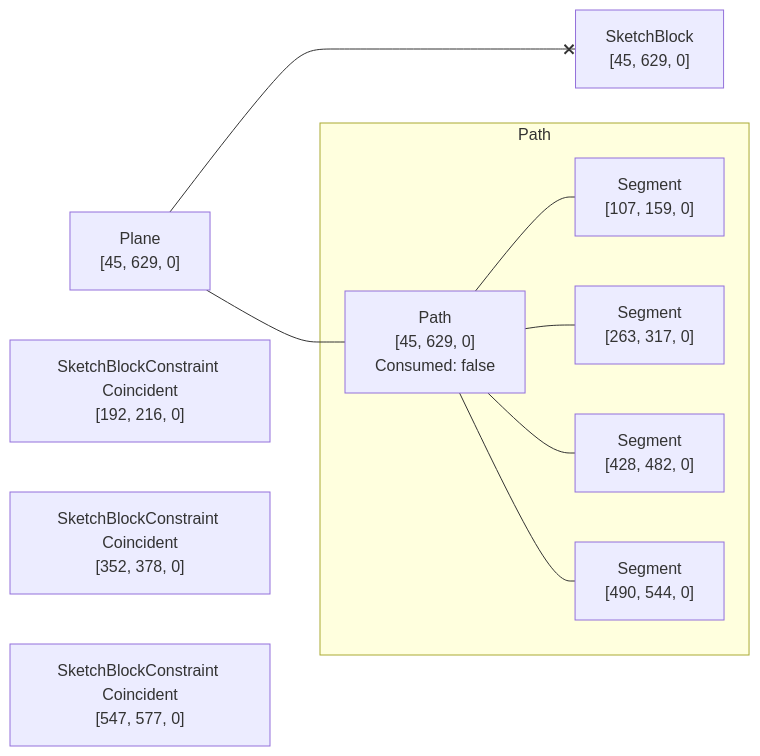
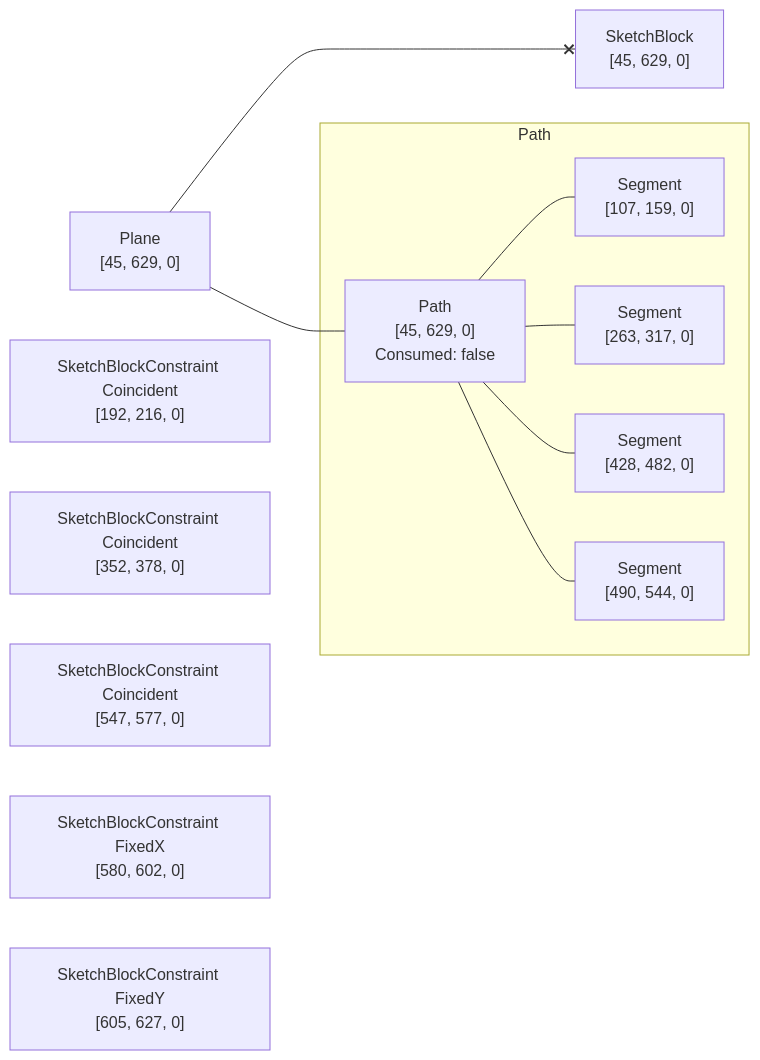
The diagram in rust/kcl-lib/tests/sketch_block_lines_coincident_simple/artifact_graph_flowchart.snap.md (KittyCAD/modeling-app), drawn with Mermaid before and after one commit. The commit also changed 25 other files, not shown here.

````diff
--- a/rust/kcl-lib/tests/sketch_block_lines_coincident_simple/artifact_graph_flowchart.snap.md
+++ b/rust/kcl-lib/tests/sketch_block_lines_coincident_simple/artifact_graph_flowchart.snap.md
@@ -1,31 +1,35 @@
 ```mermaid
 flowchart LR
   subgraph path2 [Path]
     2["Path<br>[45, 629, 0]<br>Consumed: false"]
       %% [ProgramBodyItem { index: 0 }, VariableDeclarationDeclaration, VariableDeclarationInit, SketchBlock]
     3["Segment<br>[107, 159, 0]"]
       %% [ProgramBodyItem { index: 0 }, VariableDeclarationDeclaration, VariableDeclarationInit, SketchBlock]
     4["Segment<br>[263, 317, 0]"]
       %% [ProgramBodyItem { index: 0 }, VariableDeclarationDeclaration, VariableDeclarationInit, SketchBlock]
     5["Segment<br>[428, 482, 0]"]
       %% [ProgramBodyItem { index: 0 }, VariableDeclarationDeclaration, VariableDeclarationInit, SketchBlock]
     6["Segment<br>[490, 544, 0]"]
       %% [ProgramBodyItem { index: 0 }, VariableDeclarationDeclaration, VariableDeclarationInit, SketchBlock]
   end
   1["Plane<br>[45, 629, 0]"]
     %% [ProgramBodyItem { index: 0 }, VariableDeclarationDeclaration, VariableDeclarationInit, SketchBlock]
   7["SketchBlock<br>[45, 629, 0]"]
     %% [ProgramBodyItem { index: 0 }, VariableDeclarationDeclaration, VariableDeclarationInit, SketchBlock]
   8["SketchBlockConstraint Coincident<br>[192, 216, 0]"]
     %% [ProgramBodyItem { index: 0 }, VariableDeclarationDeclaration, VariableDeclarationInit, SketchBlock]
   9["SketchBlockConstraint Coincident<br>[352, 378, 0]"]
     %% [ProgramBodyItem { index: 0 }, VariableDeclarationDeclaration, VariableDeclarationInit, SketchBlock]
   10["SketchBlockConstraint Coincident<br>[547, 577, 0]"]
     %% [ProgramBodyItem { index: 0 }, VariableDeclarationDeclaration, VariableDeclarationInit, SketchBlock]
+  11["SketchBlockConstraint FixedX<br>[580, 602, 0]"]
+    %% [ProgramBodyItem { index: 0 }, VariableDeclarationDeclaration, VariableDeclarationInit, SketchBlock]
+  12["SketchBlockConstraint FixedY<br>[605, 627, 0]"]
+    %% [ProgramBodyItem { index: 0 }, VariableDeclarationDeclaration, VariableDeclarationInit, SketchBlock]
   1 --- 2
   1 <--x 7
   2 --- 3
   2 --- 4
   2 --- 5
   2 --- 6
 ```
````
